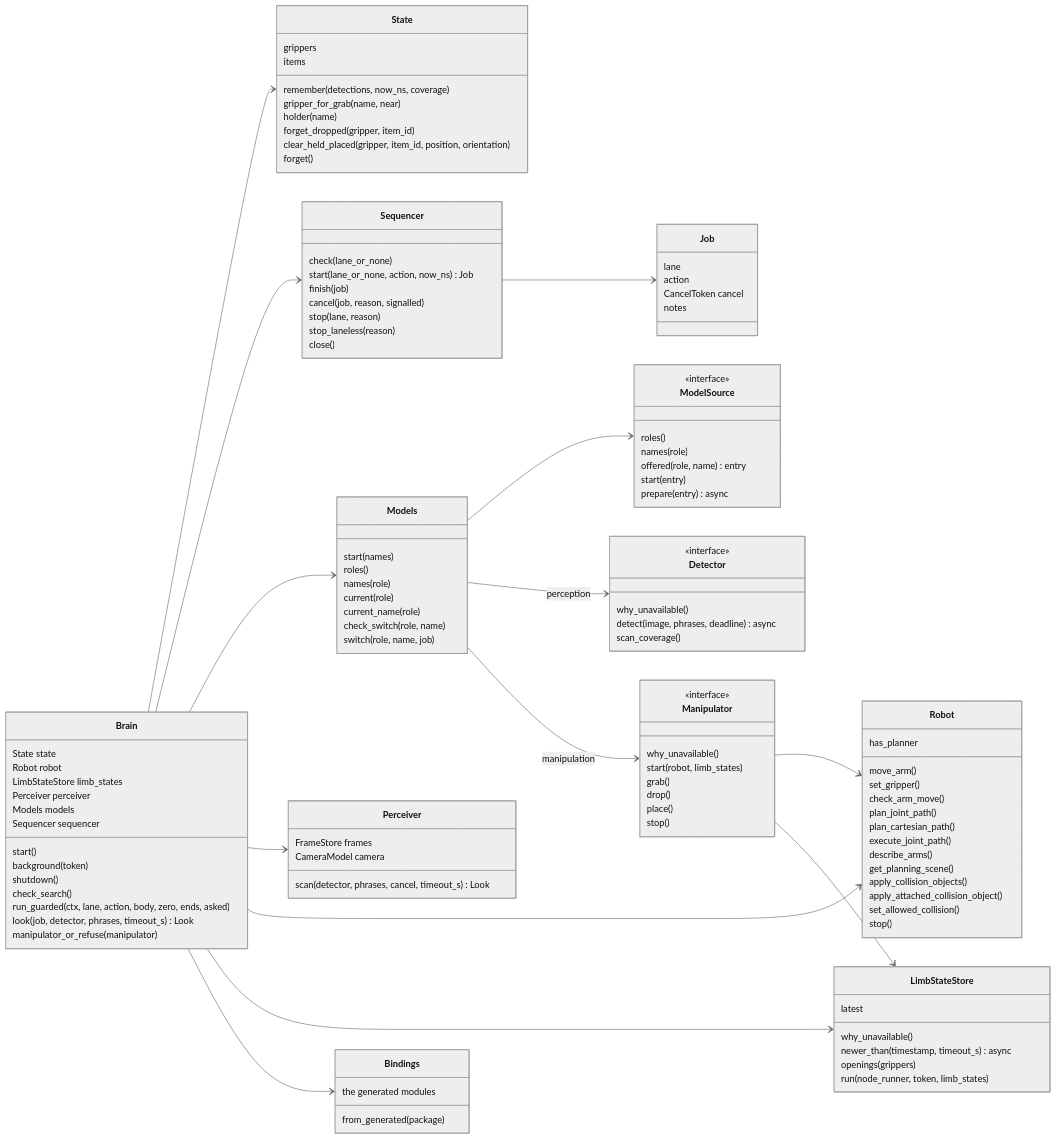
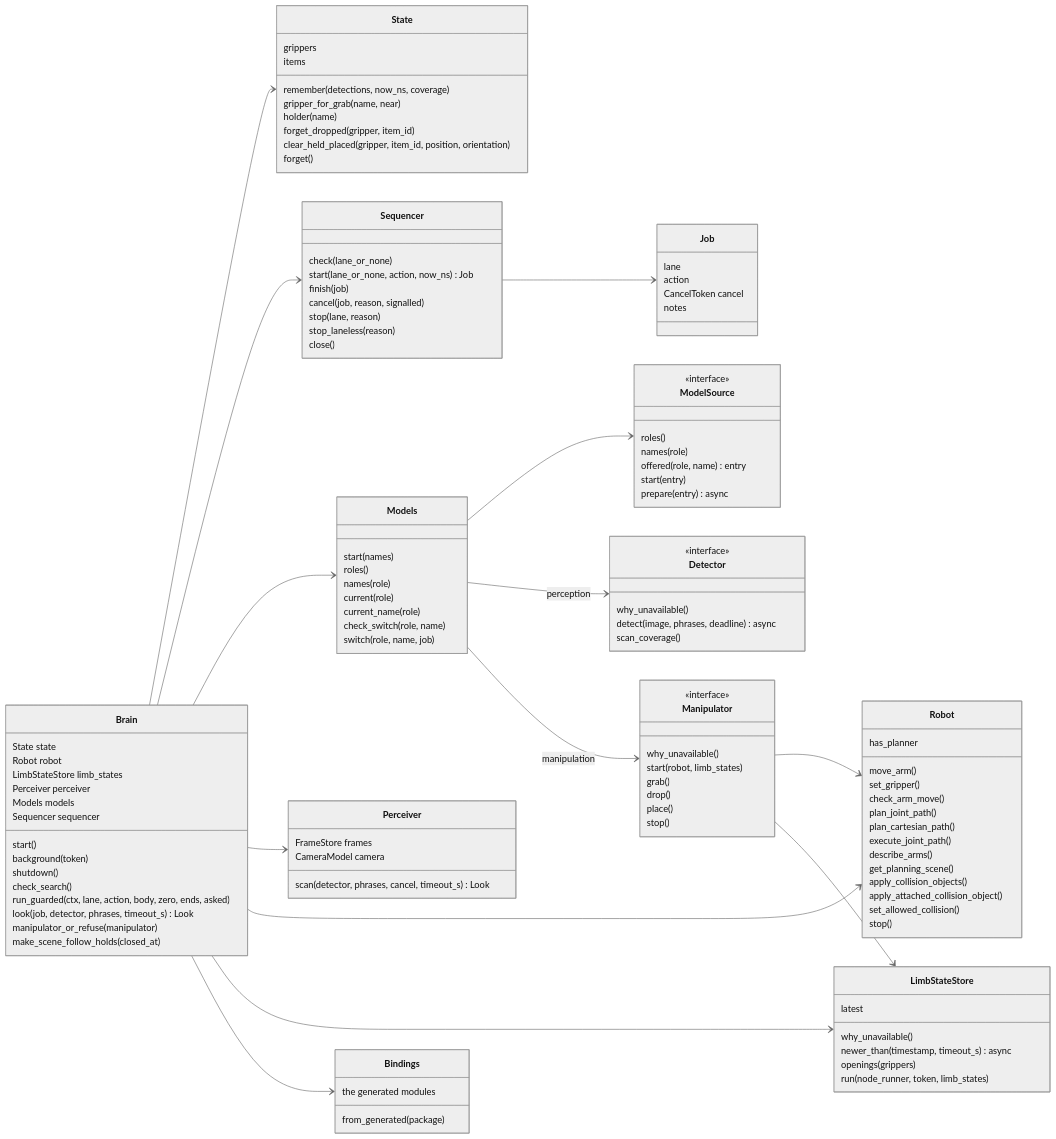
The second of 5 diagrams in brain_core/README.md (Peppy-bot/public-peppy-libs), drawn with Mermaid (neutral theme) before and after one commit. The commit also changed other lines of this file and 4 other files, not shown here.

First line of the commit message:
[ROBOTAI-40] brain_core: Brain.make_scene_follow_holds

```diff
--- a/brain_core/README.md
+++ b/brain_core/README.md
@@ -150,6 +150,7 @@
         run_guarded(ctx, lane, action, body, zero, ends, asked)
         look(job, detector, phrases, timeout_s) Look
         manipulator_or_refuse(manipulator)
+        make_scene_follow_holds(closed_at)
     }
     class State {
         grippers
```
